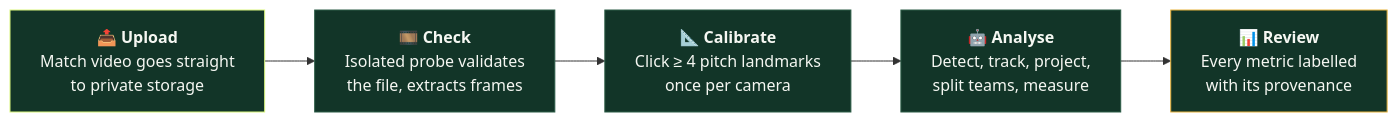
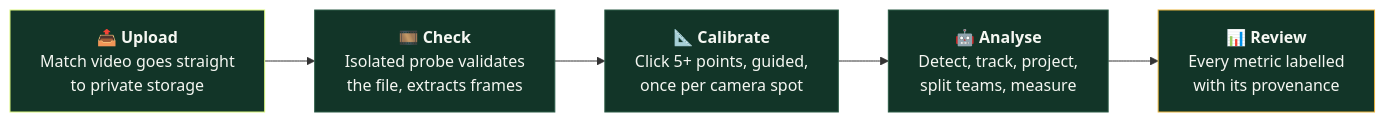
The first of 3 diagrams in README.md (omarahmedsalah33/football_vision), drawn with Mermaid before and after one commit. The commit also changed other lines of this file and 4 other files, not shown here.

````diff
--- a/README.md
+++ b/README.md
@@ -115,13 +117,13 @@
 ```mermaid
 flowchart LR
     A["📤 <b>Upload</b><br/>Match video goes straight<br/>to private storage"] --> B["🎞️ <b>Check</b><br/>Isolated probe validates<br/>the file, extracts frames"]
-    B --> C["📐 <b>Calibrate</b><br/>Click ≥ 4 pitch landmarks<br/>once per camera"]
+    B --> C["📐 <b>Calibrate</b><br/>Click 5+ points, guided,<br/>once per camera spot"]
     C --> D["🤖 <b>Analyse</b><br/>Detect, track, project,<br/>split teams, measure"]
     D --> E["📊 <b>Review</b><br/>Every metric labelled<br/>with its provenance"]
 
     style A fill:#123528,stroke:#D9F67D,color:#F5F7F2
     style B fill:#123528,stroke:#2C5C46,color:#F5F7F2
     style C fill:#123528,stroke:#2C5C46,color:#F5F7F2
     style D fill:#123528,stroke:#2C5C46,color:#F5F7F2
     style E fill:#123528,stroke:#E8B33D,color:#F5F7F2
 ```
````
